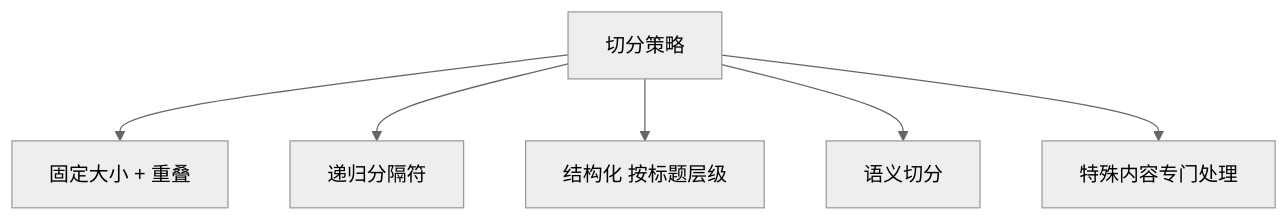
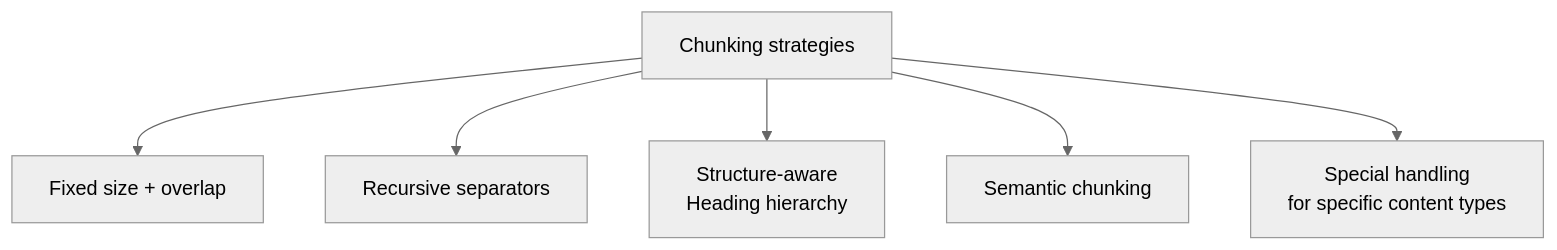
One commit to oneleaveknowsthefall/awesome-ai-roadmap changed the second of 2 diagrams in docs/rag/02-ingestion-indexing/04-chunking-strategy.md. Above: the diagram before and after it, drawn with Mermaid (neutral theme). The commit also changed other lines of this file and 60 other files, not shown here.

````diff
--- a/docs/rag/02-ingestion-indexing/04-chunking-strategy.md
+++ b/docs/rag/02-ingestion-indexing/04-chunking-strategy.md
@@ -76,8 +76,8 @@
 ```mermaid
 flowchart TB
-    C[切分策略] --> F[固定大小 + 重叠]
-    C --> R[递归分隔符]
-    C --> ST[结构化 按标题层级]
-    C --> SE[语义切分]
-    C --> SP[特殊内容专门处理]
+    C[Chunking strategies] --> F[Fixed size + overlap]
+    C --> R[Recursive separators]
+    C --> ST[Structure-aware<br/>Heading hierarchy]
+    C --> SE[Semantic chunking]
+    C --> SP[Special handling<br/>for specific content types]
 ```
````
